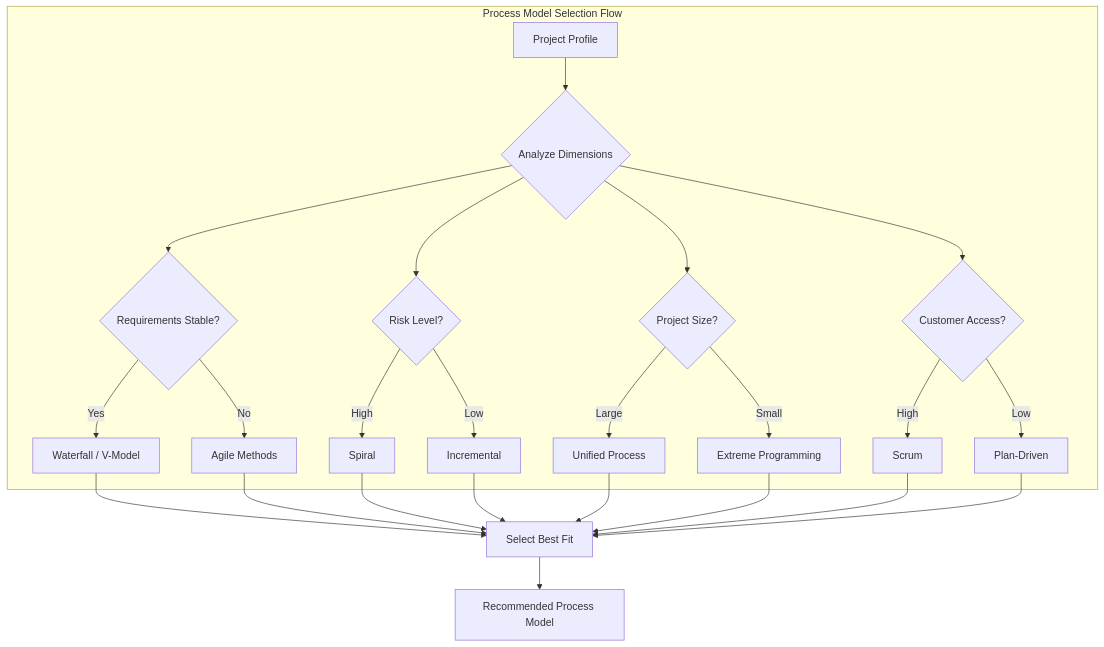
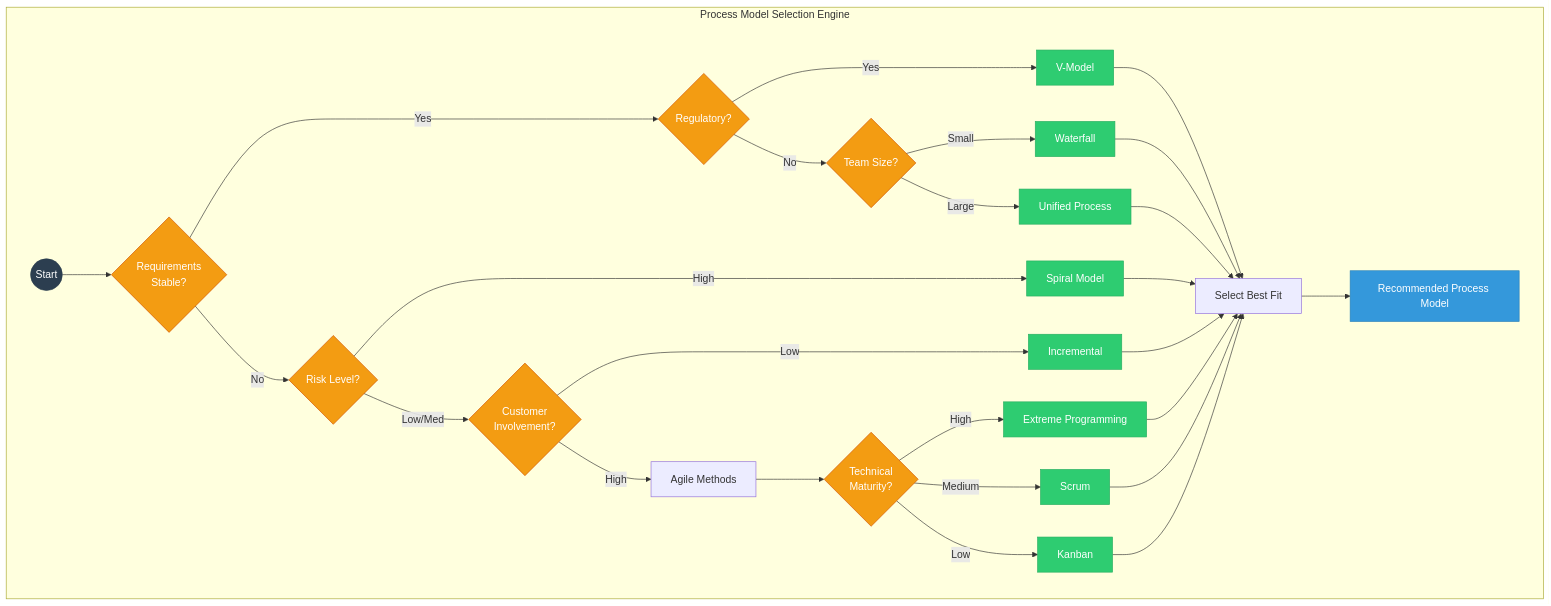
One commit to Raushan666java/ai-engineering-journey changed the eighth of 8 diagrams in docs/courses/software-engineering/01-process-models.md. Above: the diagram before and after it, drawn with Mermaid. The commit also changed other lines of this file and 15 other files, not shown here.

Commit message:
deploy: software-engineering overhaul - 16 chapters expanded to avg 1284L (+7649L), richer Mermaid, more TS, deeper content

````diff
--- a/docs/courses/software-engineering/01-process-models.md
+++ b/docs/courses/software-engineering/01-process-models.md
@@ -567,31 +367,42 @@
 ```mermaid
 graph TD
-    subgraph "Process Model Selection Flow"
-        INPUT[Project Profile] --> ANALYZE{Analyze Dimensions}
-        ANALYZE --> REQ{Requirements Stable?}
-        ANALYZE --> RISK{Risk Level?}
-        ANALYZE --> SIZE{Project Size?}
-        ANALYZE --> CUST{Customer Access?}
+    subgraph "Process Model Selection Engine"
+        START((Start)) --> STABLE{Requirements<br/>Stable?}
+        STABLE -->|Yes| REG{Regulatory?}
+        REG -->|Yes| VMODEL[V-Model]
+        REG -->|No| SIZE1{Team Size?}
+        SIZE1 -->|Small| WATER[Waterfall]
+        SIZE1 -->|Large| UP[Unified Process]
         
-        REQ -->|Yes| WF[Waterfall / V-Model]
-        REQ -->|No| AG[Agile Methods]
+        STABLE -->|No| RISK{Risk Level?}
+        RISK -->|High| SPIRAL[Spiral Model]
+        RISK -->|Low/Med| CUST{Customer<br/>Involvement?}
         
-        RISK -->|High| SP[Spiral]
-        RISK -->|Low| INCR[Incremental]
+        CUST -->|High| AGILE[Agile Methods]
+        CUST -->|Low| INCR[Incremental]
         
-        SIZE -->|Large| UP[Unified Process]
-        SIZE -->|Small| XP[Extreme Programming]
+        AGILE --> TECH{Technical<br/>Maturity?}
+        TECH -->|High| XP[Extreme Programming]
+        TECH -->|Medium| SCRUM[Scrum]
+        TECH -->|Low| KANBAN[Kanban]
         
-        CUST -->|High| SCRUM[Scrum]
-        CUST -->|Low| PLAN[Plan-Driven]
+        VMODEL --> DECIDE[Select Best Fit]
+        WATER --> DECIDE
+        UP --> DECIDE
+        SPIRAL --> DECIDE
+        INCR --> DECIDE
+        XP --> DECIDE
+        SCRUM --> DECIDE
+        KANBAN --> DECIDE
+        DECIDE --> RESULT[Recommended Process Model]
     end
-    WF --> DECIDE[Select Best Fit]
-    AG --> DECIDE
-    SP --> DECIDE
-    INCR --> DECIDE
-    UP --> DECIDE
-    XP --> DECIDE
-    SCRUM --> DECIDE
-    PLAN --> DECIDE
-    DECIDE --> RESULT[Recommended Process Model]
+
+    classDef start fill:#2c3e50,stroke:#2c3e50,color:#fff
+    classDef decision fill:#f39c12,stroke:#d35400,color:#fff
+    classDef model fill:#2ecc71,stroke:#27ae60,color:#fff
+    classDef result fill:#3498db,stroke:#2980b9,color:#fff
+    class START start
+    class STABLE,RISK,CUST,TECH,SIZE1,REG decision
+    class VMODEL,WATER,UP,SPIRAL,INCR,XP,SCRUM,KANBAN model
+    class RESULT result
 ```
````
